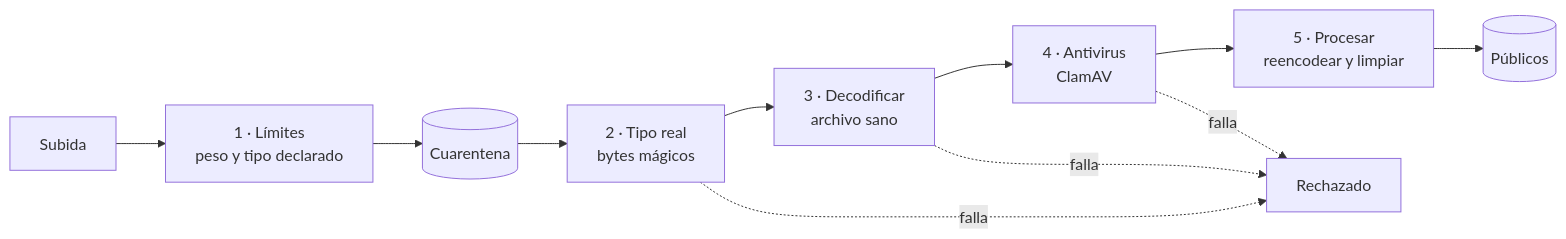
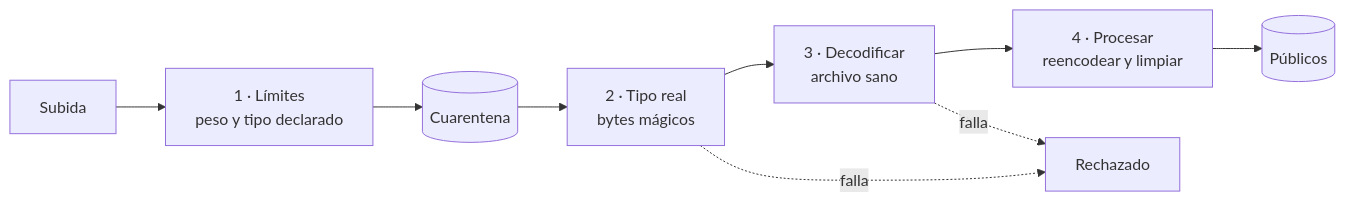
The diagram in docs/04-tecnico/10-subida-de-archivos.md (DAVV422/pasitos), drawn with Mermaid before and after one commit. The commit also changed other lines of this file and 6 other files, not shown here.

````diff
--- a/docs/04-tecnico/10-subida-de-archivos.md
+++ b/docs/04-tecnico/10-subida-de-archivos.md
@@ -21,13 +21,11 @@
 ```mermaid
 flowchart LR
     U[Subida] --> L[1 · Límites<br/>peso y tipo declarado]
     L --> Q[(Cuarentena)]
     Q --> T[2 · Tipo real<br/>bytes mágicos]
     T --> D[3 · Decodificar<br/>archivo sano]
-    D --> AV[4 · Antivirus<br/>ClamAV]
-    AV --> P[5 · Procesar<br/>reencodear y limpiar]
+    D --> P[4 · Procesar<br/>reencodear y limpiar]
     P --> OK[(Públicos)]
     T -. falla .-> R[Rechazado]
     D -. falla .-> R
-    AV -. falla .-> R
 ```
````
